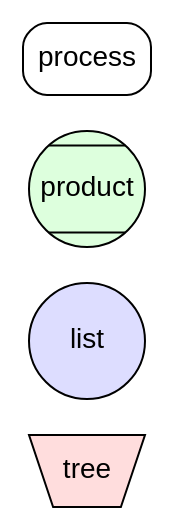
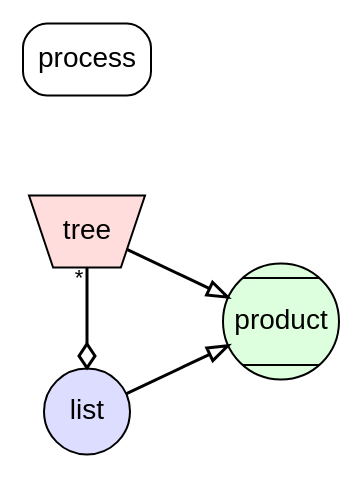
The diagram in opal/ProductsSymbols.dot (drautzburg/currychicken), drawn with Graphviz before and after one commit. The commit also changed 2 other files, not shown here.

```diff
--- a/opal/ProductsSymbols.dot
+++ b/opal/ProductsSymbols.dot
@@ -1,23 +1,29 @@
 digraph d {
+	nodesep=0.7
 	node [fontname = "Arial"];
-	edge [fontname = "Arial", fontsize=11,color="#999999", penwidth=2, weight=1];
+	edge [fontname = "Arial", fontsize=11,color=black, penwidth=1.5, weight=1];
 
 	rankdir=LR
 	subgraph nest {
 		node [shape=invtrapezium, style=filled, fillcolor="#FFDDDD", fixedsize=true, width=0.8]
 		tree
 		}		
 	subgraph list {
-		node [shape=circle, style=filled, fillcolor="#DDDDFF", fixedsize=true, width=0.8]
+		node [shape=circle, style=filled, fillcolor="#DDDDFF", fixedsize=true, width=0.6]
 		list
 		}
 	subgraph product {
 		node [shape=Mcircle, style=filled, fillcolor="#DDFFDD", fixedsize=true, width=0.8]
 		product
 		}
 
 	subgraph process {
 		node [shape=box, style=rounded]
 		process
 	}
+
+	{rank=same; list tree}
+	list -> product [arrowhead=onormal]
+	tree -> product [arrowhead=onormal]
+	tree -> list [arrowhead=odiamond, taillabel="* "]
 }
```
